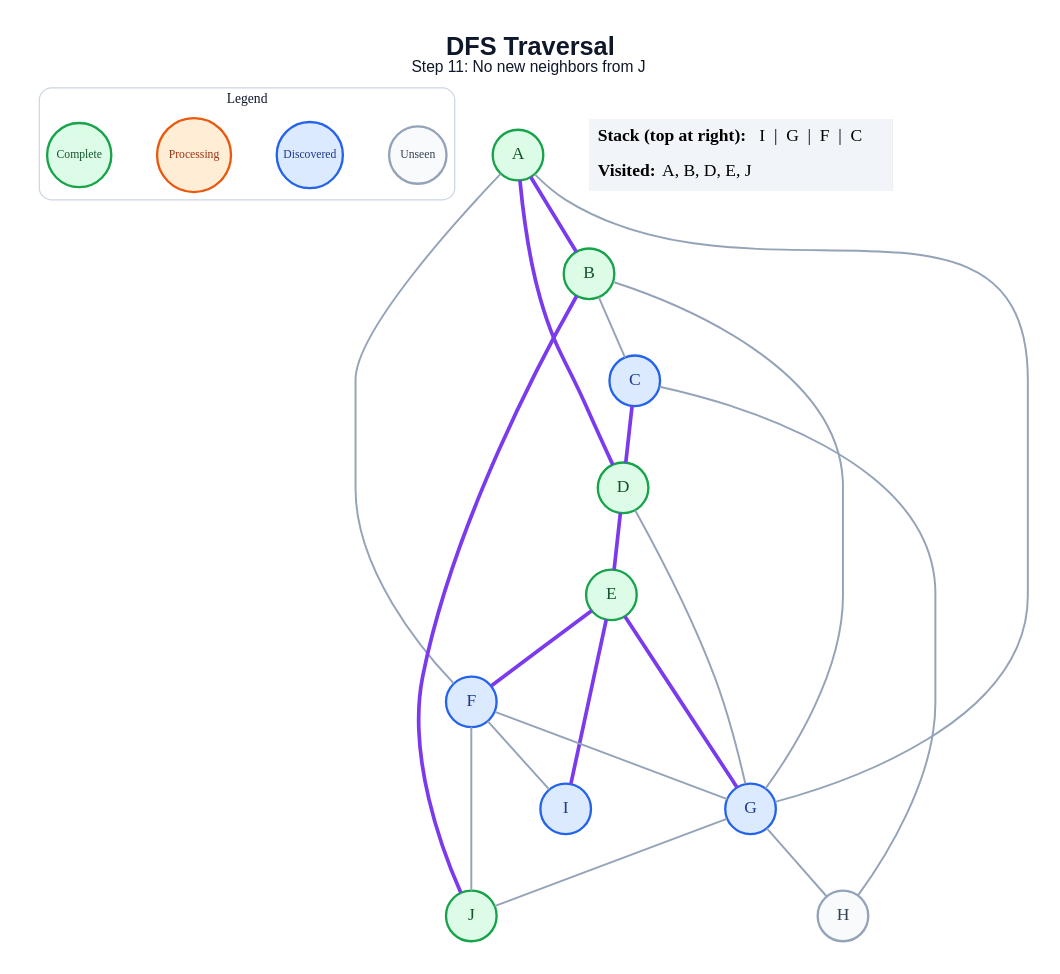
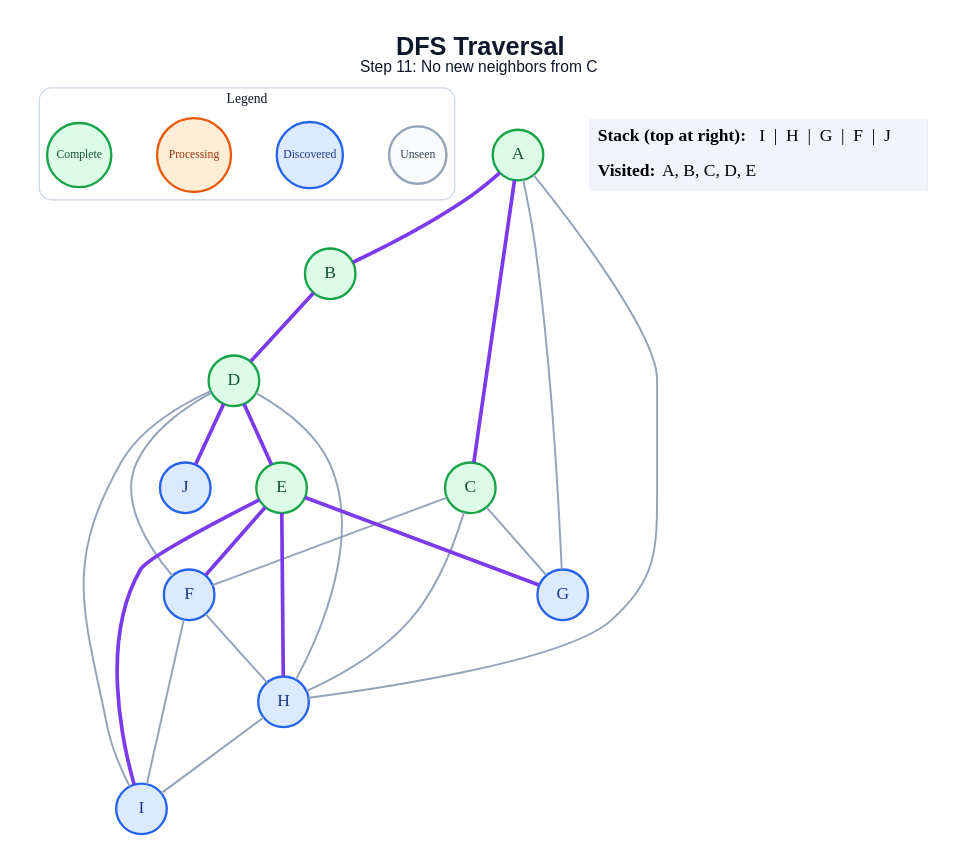
The diagram in generated/specific-node/dfs/step_11.dot (amanghodawala9/ai-slop), drawn with Graphviz before and after one commit. The commit also changed 178 other files, not shown here.

```diff
--- a/generated/specific-node/dfs/step_11.dot
+++ b/generated/specific-node/dfs/step_11.dot
@@ -1,48 +1,49 @@
 graph traversal {
   graph [layout=dot, rankdir=TB, bgcolor="#FFFFFF", pad="0.35", nodesep="0.65", ranksep="0.8", fontname="Arial"];
   node [shape=circle, style="filled", fontname="Arial Bold", fontsize=18, width=0.72, fixedsize=true, penwidth=2.4];
   edge [color="#94A3B8", penwidth=2.0];
-  label=<<B>DFS Traversal</B><BR/><FONT POINT-SIZE="16">Step 11: No new neighbors from J</FONT>>; labelloc="t"; fontsize=26; fontname="Arial"; fontcolor="#0F172A";
+  label=<<B>DFS Traversal</B><BR/><FONT POINT-SIZE="16">Step 11: No new neighbors from C</FONT>>; labelloc="t"; fontsize=26; fontname="Arial"; fontcolor="#0F172A";
   subgraph cluster_legend { label="Legend"; color="#CBD5E1"; penwidth=1.2; style="rounded"; fontsize=14; fontname="Arial Bold";
     key_unseen [label="Unseen", fillcolor="#F8FAFC", color="#94A3B8", fontcolor="#334155", fontsize=12, width=0.82];
     key_frontier [label="Discovered", fillcolor="#DBEAFE", color="#2563EB", fontcolor="#1E3A8A", fontsize=12, width=0.95];
     key_current [label="Processing", fillcolor="#FFEDD5", color="#EA580C", fontcolor="#9A3412", fontsize=12, width=1.05];
     key_done [label="Complete", fillcolor="#DCFCE7", color="#16A34A", fontcolor="#14532D", fontsize=12, width=0.92];
     { rank=same; key_unseen; key_frontier; key_current; key_done; }
   }
   A [fillcolor="#DCFCE7", color="#16A34A", fontcolor="#14532D"];
   B [fillcolor="#DCFCE7", color="#16A34A", fontcolor="#14532D"];
-  C [fillcolor="#DBEAFE", color="#2563EB", fontcolor="#1E3A8A"];
+  C [fillcolor="#DCFCE7", color="#16A34A", fontcolor="#14532D"];
   D [fillcolor="#DCFCE7", color="#16A34A", fontcolor="#14532D"];
   E [fillcolor="#DCFCE7", color="#16A34A", fontcolor="#14532D"];
   F [fillcolor="#DBEAFE", color="#2563EB", fontcolor="#1E3A8A"];
   G [fillcolor="#DBEAFE", color="#2563EB", fontcolor="#1E3A8A"];
-  H [fillcolor="#F8FAFC", color="#94A3B8", fontcolor="#334155"];
+  H [fillcolor="#DBEAFE", color="#2563EB", fontcolor="#1E3A8A"];
   I [fillcolor="#DBEAFE", color="#2563EB", fontcolor="#1E3A8A"];
-  J [fillcolor="#DCFCE7", color="#16A34A", fontcolor="#14532D"];
+  J [fillcolor="#DBEAFE", color="#2563EB", fontcolor="#1E3A8A"];
   A -- B [color="#7C3AED", penwidth=3.8];
-  A -- D [color="#7C3AED", penwidth=3.8];
-  A -- F;
+  A -- C [color="#7C3AED", penwidth=3.8];
   A -- G;
-  B -- C;
-  B -- G;
-  B -- J [color="#7C3AED", penwidth=3.8];
-  C -- D [color="#7C3AED", penwidth=3.8];
+  A -- H;
+  B -- D [color="#7C3AED", penwidth=3.8];
+  C -- F;
+  C -- G;
   C -- H;
   D -- E [color="#7C3AED", penwidth=3.8];
-  D -- G;
+  D -- F;
+  D -- H;
+  D -- I;
+  D -- J [color="#7C3AED", penwidth=3.8];
   E -- F [color="#7C3AED", penwidth=3.8];
   E -- G [color="#7C3AED", penwidth=3.8];
+  E -- H [color="#7C3AED", penwidth=3.8];
   E -- I [color="#7C3AED", penwidth=3.8];
-  F -- G;
+  F -- H;
   F -- I;
-  F -- J;
-  G -- H;
-  G -- J;
+  H -- I;
   status [shape=plain, fixedsize=false, width=0, height=0, margin=0, label=<
     <TABLE BORDER="0" CELLBORDER="0" CELLPADDING="7" BGCOLOR="#F1F5F9">
-      <TR><TD ALIGN="LEFT"><B>Stack (top at right):</B> I  |  G  |  F  |  C</TD></TR>
-      <TR><TD ALIGN="LEFT"><B>Visited:</B> A, B, D, E, J</TD></TR>
+      <TR><TD ALIGN="LEFT"><B>Stack (top at right):</B> I  |  H  |  G  |  F  |  J</TD></TR>
+      <TR><TD ALIGN="LEFT"><B>Visited:</B> A, B, C, D, E</TD></TR>
     </TABLE>
   >];
 }
```
